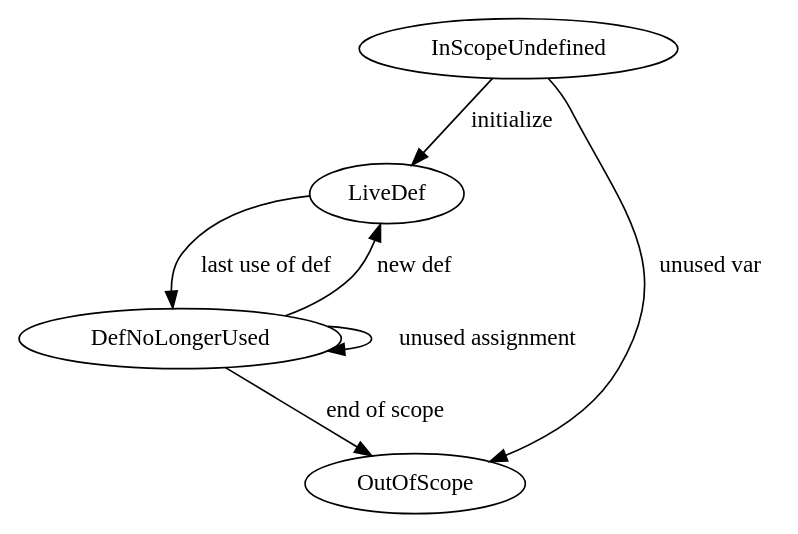
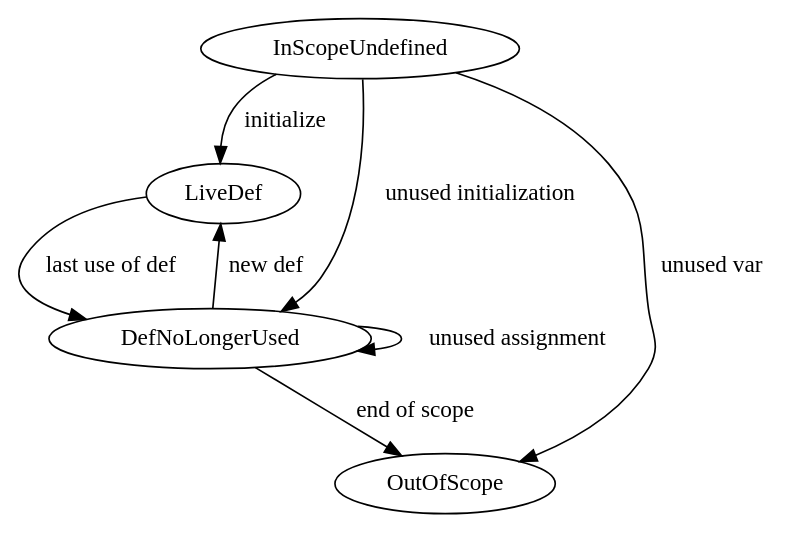
Before and after one commit to jryans/debug-info-metrics-artifact: the diagram in figures/def-use-life-cycle.dot, drawn with Graphviz.

Commit message:
Some more updates to early part

```diff
--- a/figures/def-use-life-cycle.dot
+++ b/figures/def-use-life-cycle.dot
@@ -1,16 +1,18 @@
 digraph DefUse
 {
 
 InScopeUndefined -> LiveDef      [label="initialize"];
+
+InScopeUndefined -> DefNoLongerUsed [label="unused initialization"];
 
 LiveDef -> DefNoLongerUsed      [label="last use of def"];
 
 DefNoLongerUsed -> LiveDef      [label="new def"];
 
 DefNoLongerUsed -> DefNoLongerUsed  [label="unused assignment"];
 
 DefNoLongerUsed -> OutOfScope      [label="end of scope"];
 
 InScopeUndefined -> OutOfScope     [label="unused var"];
 
 }
```
